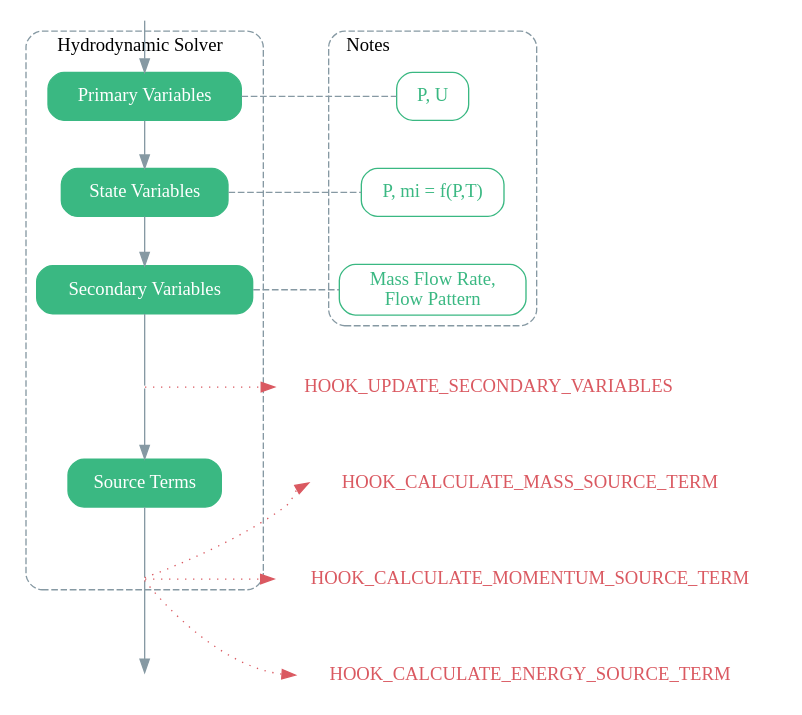
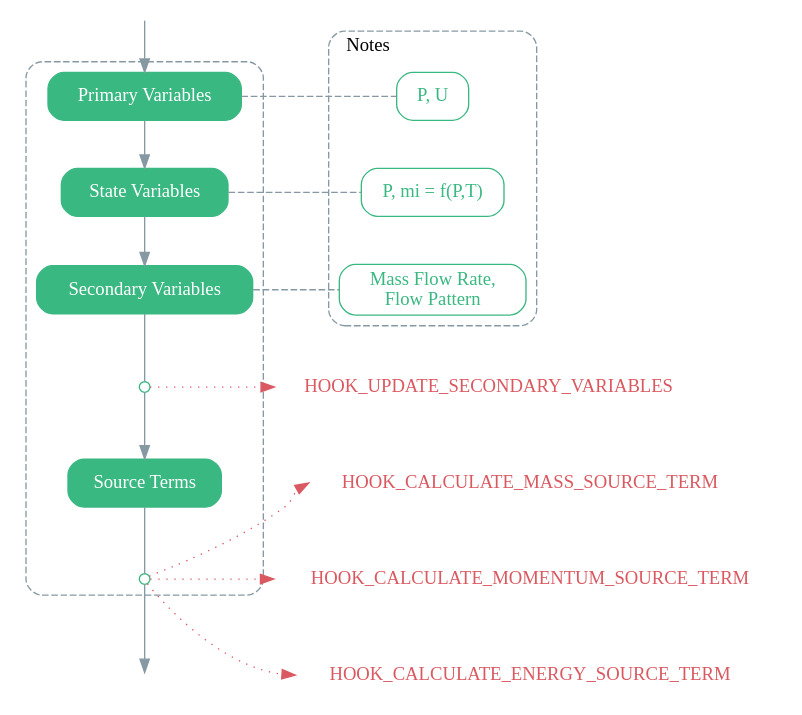
One commit to ESSS/alfasim-sdk changed the second of 2 diagrams in docs/source/07_lifecycle.rst. Above: the diagram before and after it, drawn with Graphviz. The commit also changed other lines of this file, not shown here.

Commit message:
update graphs

```diff
--- a/docs/source/07_lifecycle.rst
+++ b/docs/source/07_lifecycle.rst
@@ -86,8 +96,9 @@
 .. graphviz::
 
     digraph {
-
+        //splines=ortho
         nodesep = 0.9;
+        ratio=autor;
         newrank=true;
         node [
             peripheries="1",
@@ -96,7 +107,7 @@
             fontcolor="#ffffff"
             shape="reactangle",
             style="rounded, filled",
-            ];
+        ];
         edge [ color="#8699A3" ];
 
         hydrodynamic_1 [label="Primary Variables"];
@@ -106,16 +117,15 @@
         hydrodynamic_4 [label="Source Terms"];
 
 
-
         // Align Notes
         subgraph cluster2{
             labeljust="l"
             style="rounded, dashed"
             color="#8699A3"
             label="Notes"
-        note_1 [label="P, U", shape=box, color="#3AB882",fillcolor="#FFFFFF", fontcolor="#3AB882"]
-        note_2 [label="P, mi = f(P,T)", shape=box, color="#3AB882",fillcolor="#FFFFFF", fontcolor="#3AB882"]
-        note_3 [label="Mass Flow Rate, \n Flow Pattern", shape=box, color="#3AB882",fillcolor="#FFFFFF", fontcolor="#3AB882"]
+            note_1 [label="P, U", shape=box, color="#3AB882",fillcolor="#FFFFFF", fontcolor="#3AB882"]
+            note_2 [label="P, mi = f(P,T)", shape=box, color="#3AB882",fillcolor="#FFFFFF", fontcolor="#3AB882"]
+            note_3 [label="Mass Flow Rate, \n Flow Pattern", shape=box, color="#3AB882",fillcolor="#FFFFFF", fontcolor="#3AB882"]
         }
         hydrodynamic_1 -> note_1 [arrowhead=none, style=dashed, constraint=false,];
         hydrodynamic_2 -> note_2 [arrowhead=none, style=dashed, constraint=false,];
@@ -135,50 +145,50 @@
 
         // Align Hooks
 
-        hook_update_variables_point [shape = point, width = 0 ]
-        hook_calculate_source_terms_point [shape = point, width = 0 ]
+        hook_update_variables_point [shape = point, width = 0, peripheries="2"]
+        hook_calculate_source_terms_point [shape = point, width = 0, peripheries="2" ]
 
-        hook_update_variables [
-            peripheries="0"
+
+
+        hook_update_variables [peripheries="0"
             label="HOOK_UPDATE_SECONDARY_VARIABLES", shape="cds", color="#DA5961", fontcolor="#DA5961", style=""
-            URL="../06_solver_hooks.html#alfasim_sdk.hook_specs.initialize", target="_top"
+            URL="../06_solver_hooks.html#alfasim_sdk.hook_specs.update_plugins_secondary_variables", target="_top"
         ]
+        subgraph a{
+            rankdir=LR;
+        //nodesep=0.1;
+        //mindist=0.1;
         hook_calculate_mass_source_terms [peripheries="0"
             label="HOOK_CALCULATE_MASS_SOURCE_TERM", shape="cds", color="#DA5961",  fontcolor="#DA5961" , style=""
-            URL="../06_solver_hooks.html#alfasim_sdk.hook_specs.finalize", target="_top"
+            URL="../06_solver_hooks.html#alfasim_sdk.hook_specs.calculate_mass_source_term", target="_top"
         ]
         hook_calculate_momentum_source_terms [peripheries="0"
             label="HOOK_CALCULATE_MOMENTUM_SOURCE_TERM", shape="cds", color="#DA5961",  fontcolor="#DA5961" , style=""
-            URL="../06_solver_hooks.html#alfasim_sdk.hook_specs.finalize", target="_top"
+            URL="../06_solver_hooks.html#alfasim_sdk.hook_specs.calculate_momentum_source_term", target="_top"
         ]
         hook_calculate_energy_source_terms [peripheries="0"
             label="HOOK_CALCULATE_ENERGY_SOURCE_TERM", shape="cds", color="#DA5961",  fontcolor="#DA5961" , style=""
-            URL="../06_solver_hooks.html#alfasim_sdk.hook_specs.finalize", target="_top"
+            URL="../06_solver_hooks.html#alfasim_sdk.hook_specs.calculate_energy_source_term", target="_top"
         ]
+        }
         {rank = same; hook_update_variables_point; hook_update_variables        }
         {rank = same; hook_calculate_source_terms_point; hook_calculate_momentum_source_terms; }
 
+        // Align all hooks
+        hook_calculate_mass_source_terms -> hook_calculate_momentum_source_terms -> hook_calculate_energy_source_terms [constraint=true, style=invis]
 
-        // node[group=a, shape="circle", color=""]
-        // hook_calculate_mass_source_terms; hook_calculate_momentum_source_terms; hook_calculate_energy_source_terms
-
-        hook_calculate_mass_source_terms -> hook_calculate_momentum_source_terms -> hook_calculate_energy_source_terms [constraint=true, style=invis]
-        // Define Main Flow
         subgraph cluster1{
             labeljust="l"
             style="rounded, dashed"
             color="#8699A3"
-            label="Hydrodynamic Solver"
-        hydrodynamic_1 -> hydrodynamic_2 -> hydrodynamic_3
-        hydrodynamic_3 -> hook_update_variables_point [arrowhead=none, ltail=cluster1]
-        hook_update_variables_point -> hydrodynamic_4
-        hydrodynamic_4 -> hook_calculate_source_terms_point [arrowhead=none]
+            hydrodynamic_1 -> hydrodynamic_2 -> hydrodynamic_3
+            hydrodynamic_3 -> hook_update_variables_point [arrowhead=none, ltail=cluster1]
+            hook_update_variables_point -> hydrodynamic_4
+            hydrodynamic_4 -> hook_calculate_source_terms_point [arrowhead=none]
         }
         hook_update_variables_point -> hook_update_variables [constraint=false, style=dotted, color="#DA5961"]
         hook_calculate_source_terms_point -> hook_calculate_mass_source_terms:w [constraint=false, style=dotted, color="#DA5961"]
         hook_calculate_source_terms_point -> hook_calculate_momentum_source_terms [constraint=false, style=dotted, color="#DA5961"]
         hook_calculate_source_terms_point -> hook_calculate_energy_source_terms:w [constraint=false, style=dotted, color="#DA5961"]
 
-
-
         }
```
